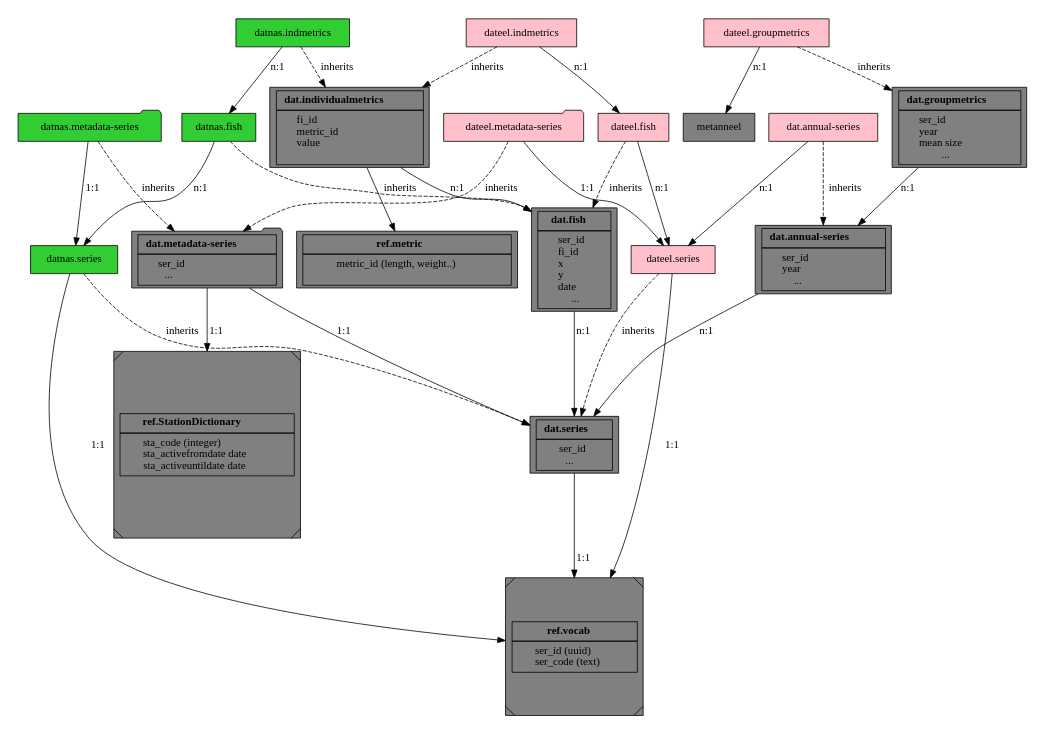
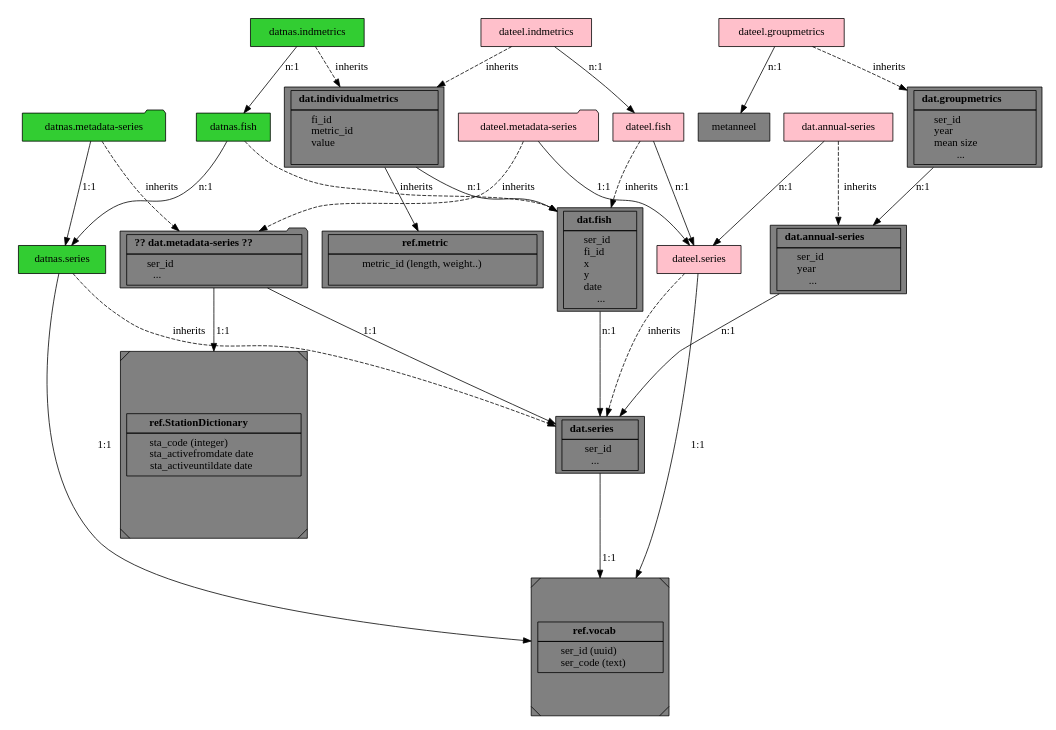
Before and after one commit to DIASPARAproject/WP3_migdb: the diagram in R/metricdb.qmd, drawn with Graphviz. The commit also changed other lines of this file and 4 other files, not shown here.

```diff
--- a/R/metricdb.qmd
+++ b/R/metricdb.qmd
@@ -97,7 +97,7 @@
        shape = record];
     metts [fillcolor="gray"
        label=<<table border="0" cellborder="1" cellspacing="0" cellpadding="4">
-       <tr> <td> <b>dat.metadata-series</b> </td> </tr>
+       <tr> <td> <b> ?? dat.metadata-series ??</b> </td> </tr>
        <tr> <td align="left">
        ser_id  <br align="left"/>
        ...     </td> </tr> 
```
